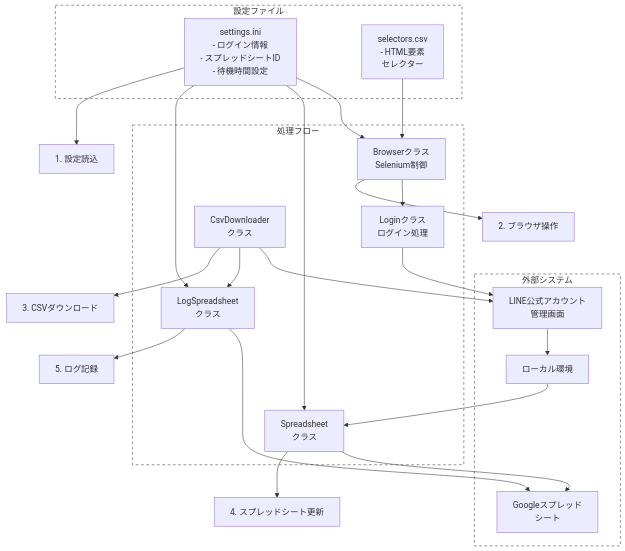
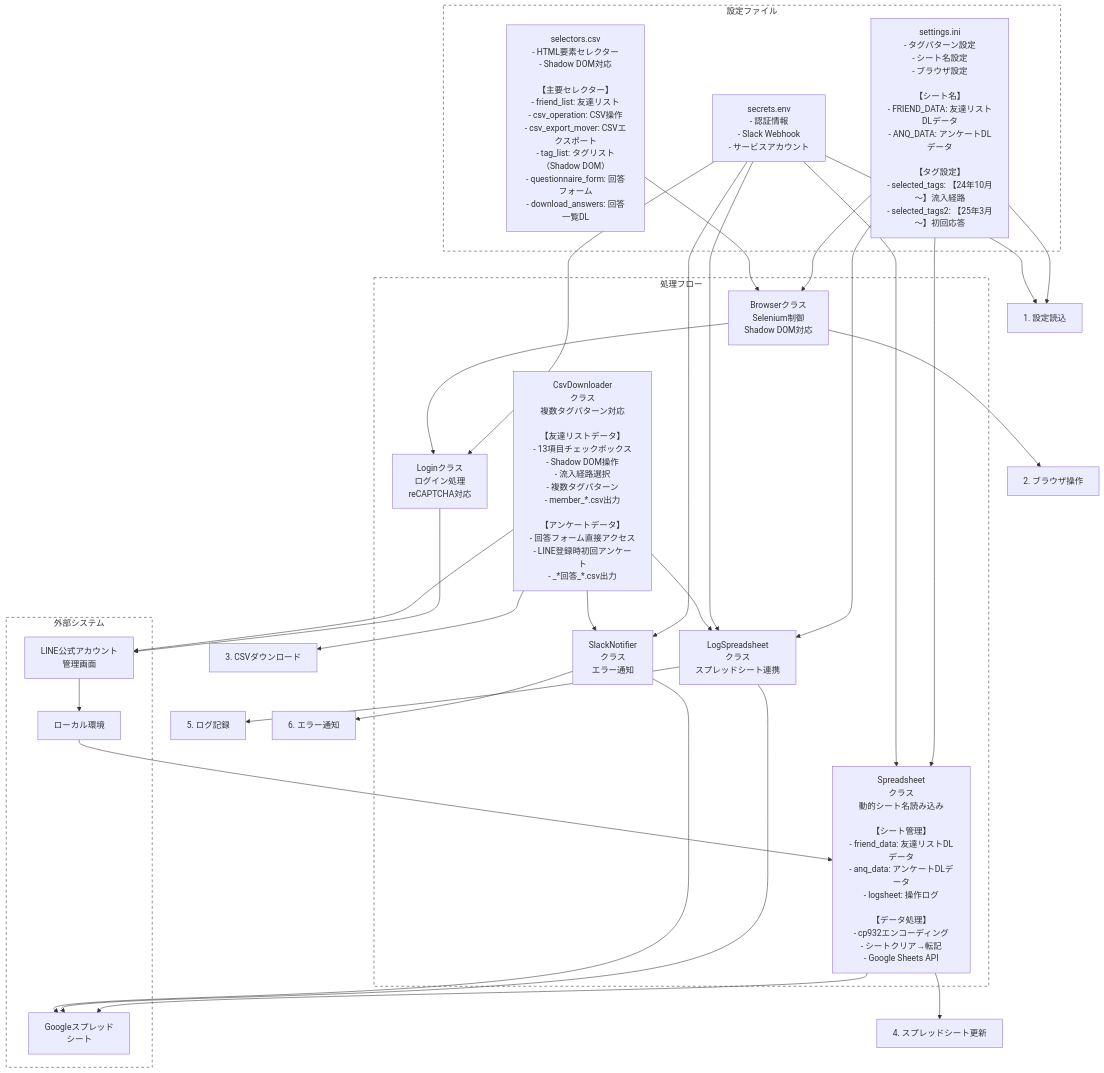
Before and after one commit to gucchon001/lstep_dl: the diagram in docs/data_flow.md, drawn with Mermaid. The commit also changed 12 other files, not shown here.

````diff
--- a/docs/data_flow.md
+++ b/docs/data_flow.md
@@ -1,58 +1,71 @@
 ```mermaid
 flowchart TD
     subgraph External["外部システム"]
         LINE["LINE公式アカウント\n管理画面"]
         GSheet["Googleスプレッド\nシート"]
         Local["ローカル環境"]
     end
 
     subgraph Config["設定ファイル"]
-        Settings["settings.ini\n- ログイン情報\n- スプレッドシートID\n- 待機時間設定"]
-        Selectors["selectors.csv\n- HTML要素\nセレクター"]
+        Settings["settings.ini\n- タグパターン設定\n- シート名設定\n- ブラウザ設定\n\n【シート名】\n- FRIEND_DATA: 友達リストDLデータ\n- ANQ_DATA: アンケートDLデータ\n\n【タグ設定】\n- selected_tags: 【24年10月～】流入経路\n- selected_tags2: 【25年3月～】初回応答"]
+        Selectors["selectors.csv\n- HTML要素セレクター\n- Shadow DOM対応\n\n【主要セレクター】\n- friend_list: 友達リスト\n- csv_operation: CSV操作\n- csv_export_mover: CSVエクスポート\n- tag_list: タグリスト（Shadow DOM）\n- questionnaire_form: 回答フォーム\n- download_answers: 回答一覧DL"]
+        Secrets["secrets.env\n- 認証情報\n- Slack Webhook\n- サービスアカウント"]
     end
 
     subgraph Process["処理フロー"]
-        Browser["Browserクラス\nSelenium制御"]
-        Login["Loginクラス\nログイン処理"]
-        CSV["CsvDownloader\nクラス"]
-        Sheet["Spreadsheet\nクラス"]
-        Log["LogSpreadsheet\nクラス"]
+        Browser["Browserクラス\nSelenium制御\nShadow DOM対応"]
+        Login["Loginクラス\nログイン処理\nreCAPTCHA対応"]
+        CSV["CsvDownloader\nクラス\n複数タグパターン対応\n\n【友達リストデータ】\n- 13項目チェックボックス\n- Shadow DOM操作\n- 流入経路選択\n- 複数タグパターン\n- member_*.csv出力\n\n【アンケートデータ】\n- 回答フォーム直接アクセス\n- LINE登録時初回アンケート\n- _*回答_*.csv出力"]
+        Sheet["Spreadsheet\nクラス\n動的シート名読み込み\n\n【シート管理】\n- friend_data: 友達リストDLデータ\n- anq_data: アンケートDLデータ\n- logsheet: 操作ログ\n\n【データ処理】\n- cp932エンコーディング\n- シートクリア→転記\n- Google Sheets API"]
+        Log["LogSpreadsheet\nクラス\nスプレッドシート連携"]
+        Slack["SlackNotifier\nクラス\nエラー通知"]
     end
 
     %% 設定ファイルの流れ
     Settings --> Browser
     Settings --> Sheet
     Settings --> Log
     Selectors --> Browser
+    Secrets --> Login
+    Secrets --> Sheet
+    Secrets --> Log
+    Secrets --> Slack
 
     %% ログイン処理
     Browser --> Login
     Login --> LINE
 
     %% CSVダウンロード処理
     CSV --> LINE
     LINE --> Local
     Local --> Sheet
     Sheet --> GSheet
 
     %% ログ記録
     CSV --> Log
     Log --> GSheet
 
+    %% Slack通知
+    CSV --> Slack
+    Slack --> GSheet
+
     %% データの流れを示す注釈
     classDef note fill:#fff,stroke:#333,stroke-dasharray: 5 5
     class External,Config,Process note
 
     %% フローの説明
     note1["1. 設定読込"]
     note2["2. ブラウザ操作"]
     note3["3. CSVダウンロード"]
     note4["4. スプレッドシート更新"]
     note5["5. ログ記録"]
+    note6["6. エラー通知"]
 
     Settings --> note1
+    Secrets --> note1
     Browser --> note2
     CSV --> note3
     Sheet --> note4
     Log --> note5
+    Slack --> note6
 ``` 
````
